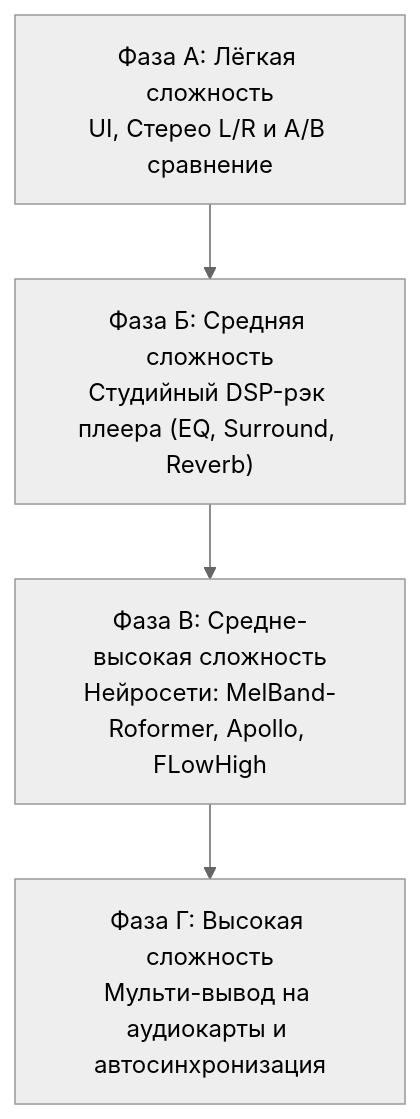
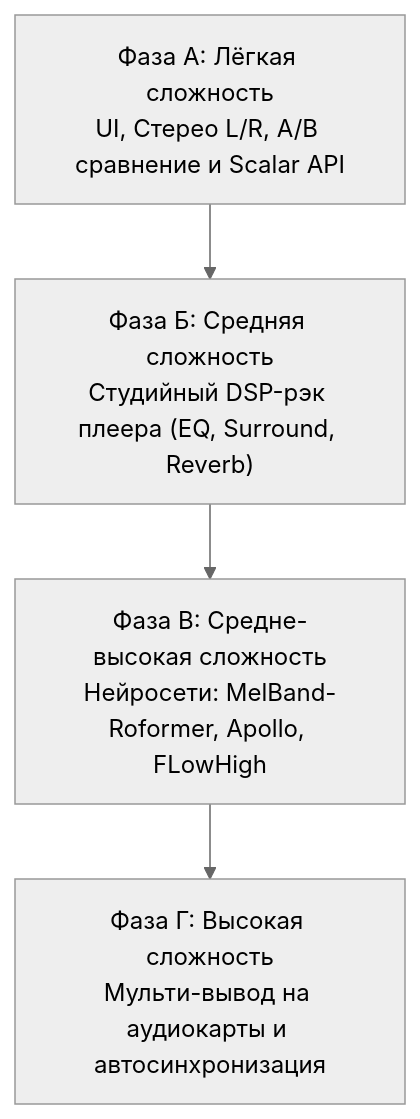
One commit to Lotargo/sonata-music changed the diagram in ROADMAP.md. Above: the diagram before and after it, drawn with Mermaid (neutral theme). The commit also changed other lines of this file and 1 other file, not shown here.

Commit message:
docs(roadmap): prioritize root roadmap over architecture roadmap and add Scalar API map to Phase A

````diff
--- a/ROADMAP.md
+++ b/ROADMAP.md
@@ -206,6 +228,6 @@
 ```mermaid
 flowchart TD
-    A["Фаза А: Лёгкая сложность<br/>UI, Стерео L/R и A/B сравнение"] --> B["Фаза Б: Средняя сложность<br/>Студийный DSP-рэк плеера (EQ, Surround, Reverb)"]
+    A["Фаза А: Лёгкая сложность<br/>UI, Стерео L/R, A/B сравнение и Scalar API"] --> B["Фаза Б: Средняя сложность<br/>Студийный DSP-рэк плеера (EQ, Surround, Reverb)"]
     B --> C["Фаза В: Средне-высокая сложность<br/>Нейросети: MelBand-Roformer, Apollo, FLowHigh"]
     C --> D["Фаза Г: Высокая сложность<br/>Мульти-вывод на аудиокарты и автосинхронизация"]
 ```
````
